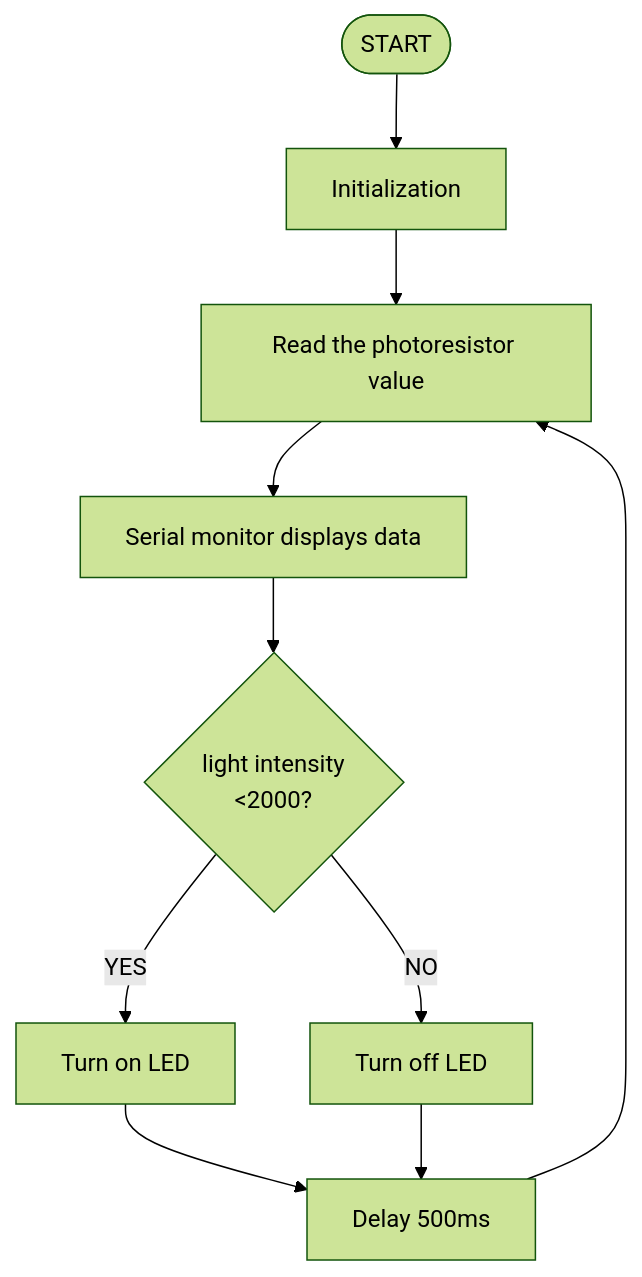
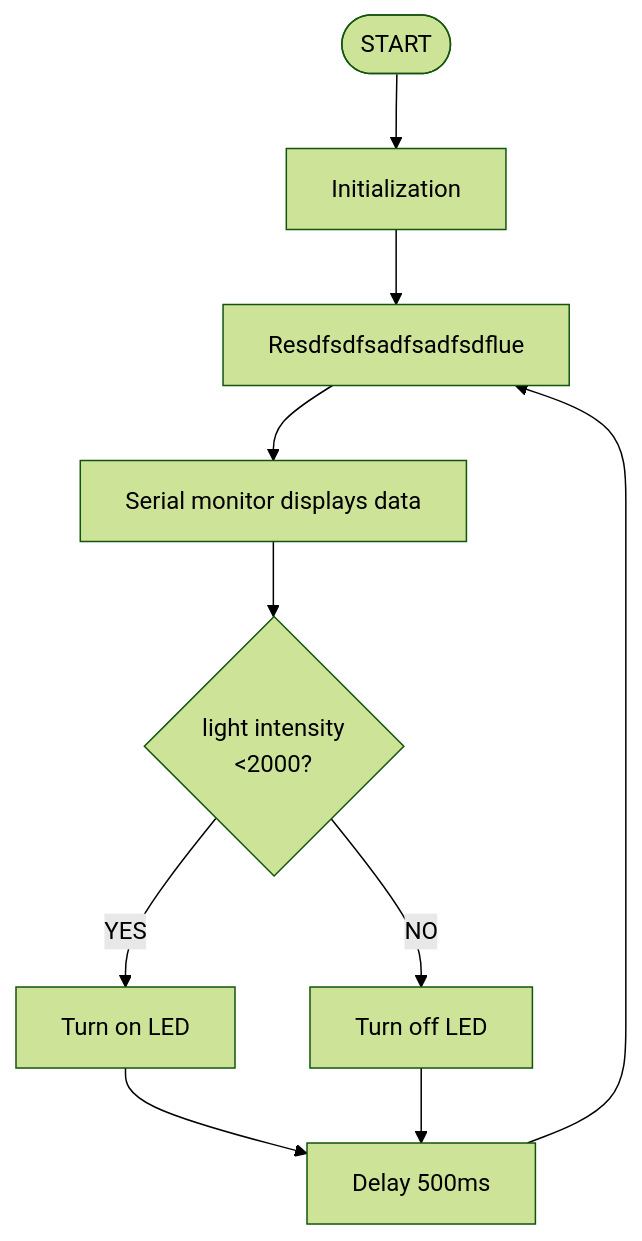
Before and after one commit to keyestudio/KS0597-: the first of 6 diagrams in docs/4.Arduino Projects/4.3 Projects/Project 1.md, drawn with Mermaid (forest theme).

Commit message:
2025年09月17日 周三 14:38:27.05

````diff
--- a/docs/4.Arduino Projects/4.3 Projects/Project 1.md
+++ b/docs/4.Arduino Projects/4.3 Projects/Project 1.md
@@ -347,11 +347,11 @@
 ```{mermaid}
 graph TD
     A([START]) --> B[Initialization]
     B --> C[Resdfsdfsadfsadfsdflue]
     C --> D[Serial monitor displays data]
     D --> E{light intensity<br><2000?}
     E -- YES --> F[Turn on LED]
     E -- NO --> G[Turn off LED]
     F & G --> H[Delay 500ms]
-    H --> C[Read the photoresistor value]
+    H --> C[Resdfsdfsadfsadfsdflue]
 ```
````
